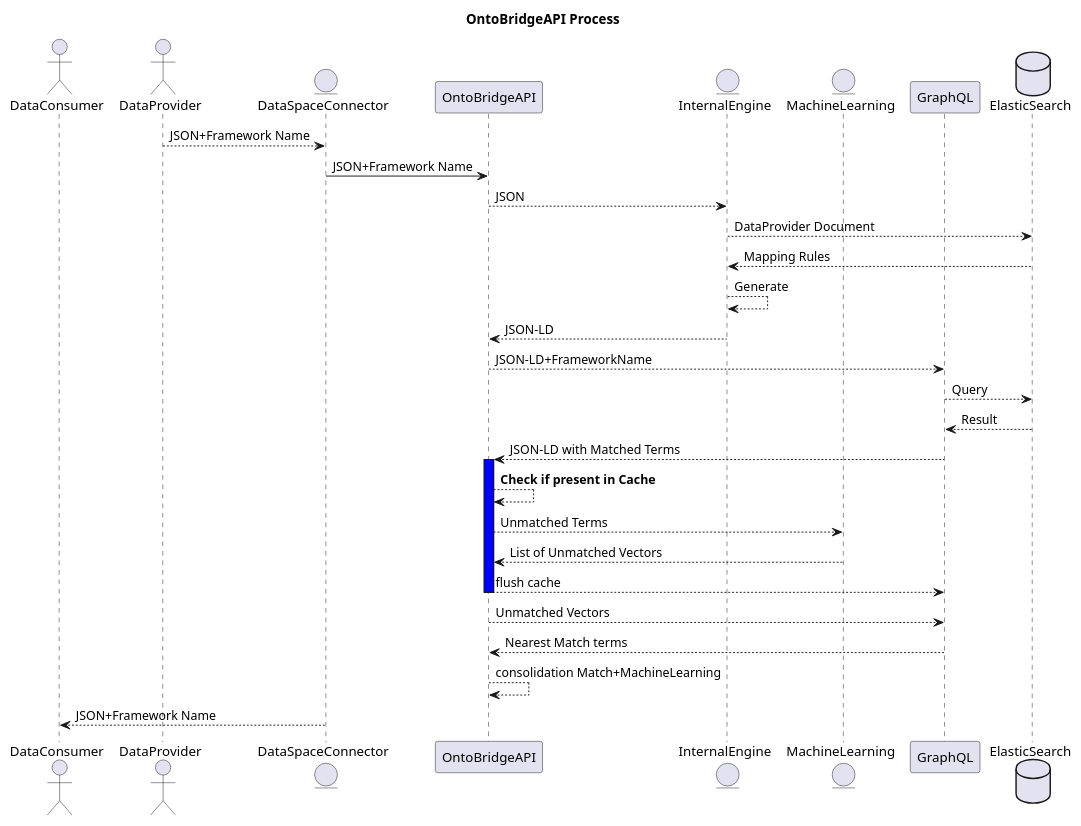
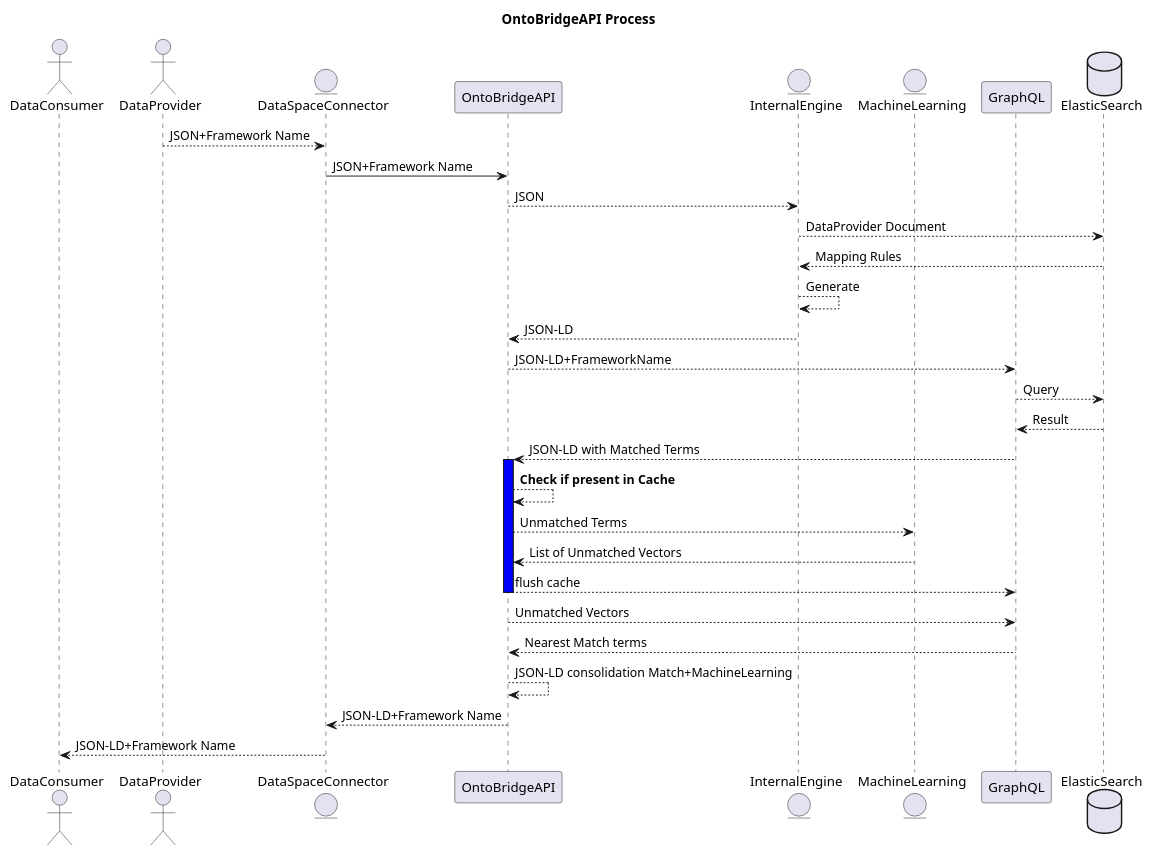
The diagram in services/ontobridgeApi/readme.md (Prometheus-X-association/interoperability-of-skills-frameworks-ariane), drawn with PlantUML before and after one commit. The commit also changed 1 other file, not shown here.

````diff
--- a/services/ontobridgeApi/readme.md
+++ b/services/ontobridgeApi/readme.md
@@ -99,37 +99,38 @@
 ```plantuml
 @startuml
 title OntoBridgeAPI Process
 
 actor DataConsumer
 actor DataProvider
 entity DataSpaceConnector
 participant OntoBridgeAPI
 entity InternalEngine
 entity MachineLearning
 participant GraphQL
 database ElasticSearch
 
 DataProvider --> DataSpaceConnector: JSON+Framework Name
 DataSpaceConnector->OntoBridgeAPI:JSON+Framework Name
 OntoBridgeAPI-->InternalEngine:JSON
 InternalEngine-->ElasticSearch:DataProvider Document
 ElasticSearch-->InternalEngine:Mapping Rules
 InternalEngine-->InternalEngine:Generate
 InternalEngine-->OntoBridgeAPI:JSON-LD
 OntoBridgeAPI-->GraphQL:JSON-LD+FrameworkName
 GraphQL-->ElasticSearch:Query
 ElasticSearch-->GraphQL:Result
 GraphQL-->OntoBridgeAPI:JSON-LD with Matched Terms
 activate OntoBridgeAPI #blue
 OntoBridgeAPI-->OntoBridgeAPI:**Check if present in Cache**
 OntoBridgeAPI-->MachineLearning:Unmatched Terms
 MachineLearning-->OntoBridgeAPI:List of Unmatched Vectors
 OntoBridgeAPI-->GraphQL:flush cache
 deactivate OntoBridgeAPI
 
 OntoBridgeAPI-->GraphQL:Unmatched Vectors
 GraphQL-->OntoBridgeAPI:Nearest Match terms
-OntoBridgeAPI-->OntoBridgeAPI:consolidation Match+MachineLearning
-DataSpaceConnector --> DataConsumer:JSON+Framework Name
+OntoBridgeAPI-->OntoBridgeAPI:JSON-LD consolidation Match+MachineLearning
+OntoBridgeAPI-->DataSpaceConnector:JSON-LD+Framework Name
+DataSpaceConnector --> DataConsumer:JSON-LD+Framework Name
 @enduml
 ```
````
